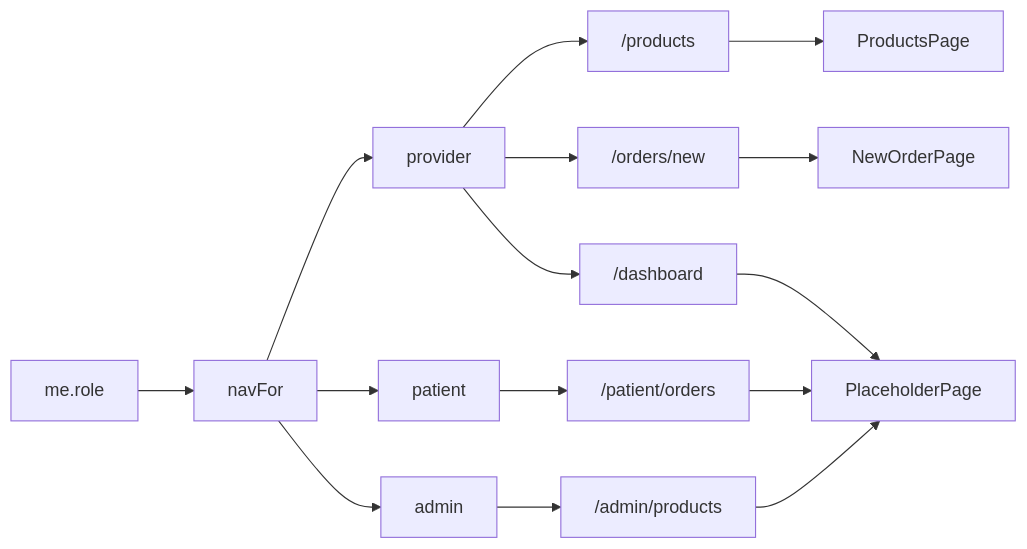
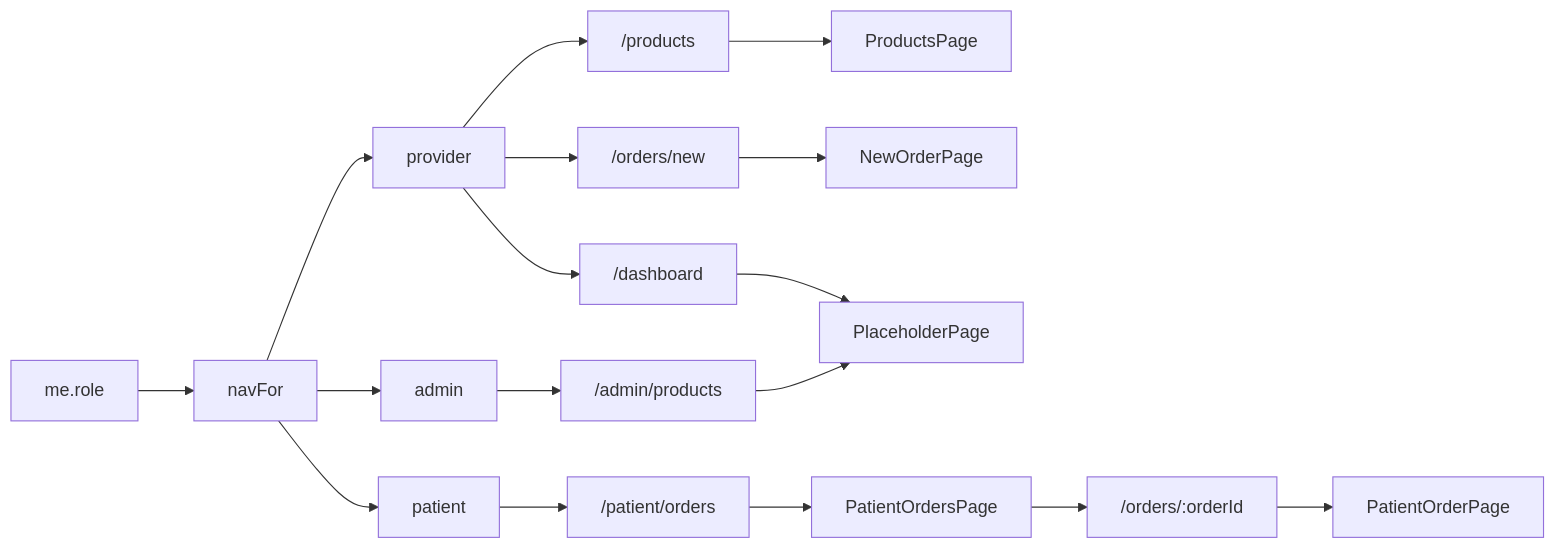
Before and after one commit to drtclem/cerbo_wk1: the second of 7 diagrams in docs/diagrams/flows/frontend-shell.md, drawn with Mermaid. The commit also changed other lines of this file and 7 other files, not shown here.

Commit message:
T14: patient order, pay, receipt

````diff
--- a/docs/diagrams/flows/frontend-shell.md
+++ b/docs/diagrams/flows/frontend-shell.md
@@ -52,17 +52,19 @@
 ```mermaid
 flowchart LR
   role["me.role"] --> navFor["navFor"]
   navFor --> provider["provider"]
   navFor --> patient["patient"]
   navFor --> admin["admin"]
   provider --> products["/products"]
   provider --> newOrder["/orders/new"]
   provider --> dashboard["/dashboard"]
   patient --> myOrders["/patient/orders"]
   admin --> stock["/admin/products"]
   products --> productsPage["ProductsPage"]
   newOrder --> newOrderPage["NewOrderPage"]
   dashboard --> placeholder["PlaceholderPage"]
-  myOrders --> placeholder
+  myOrders --> ordersPage["PatientOrdersPage"]
+  ordersPage --> orderRoute["/orders/:orderId"]
+  orderRoute --> orderPage["PatientOrderPage"]
   stock --> placeholder
 ```
````
